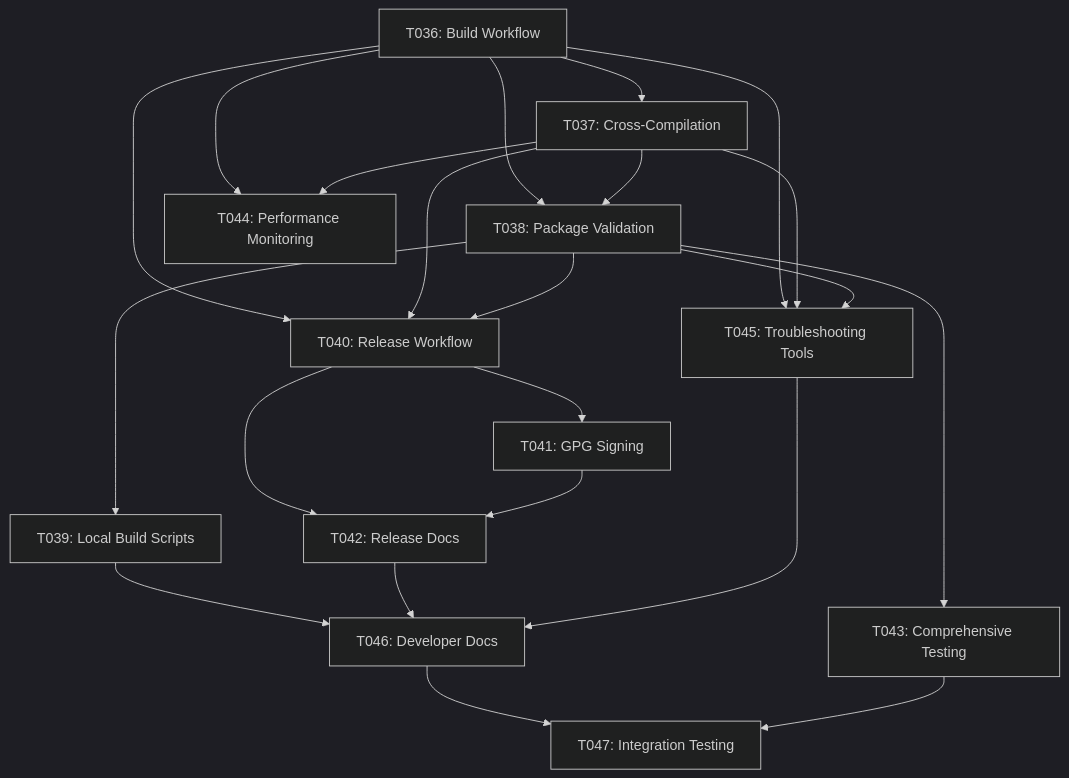
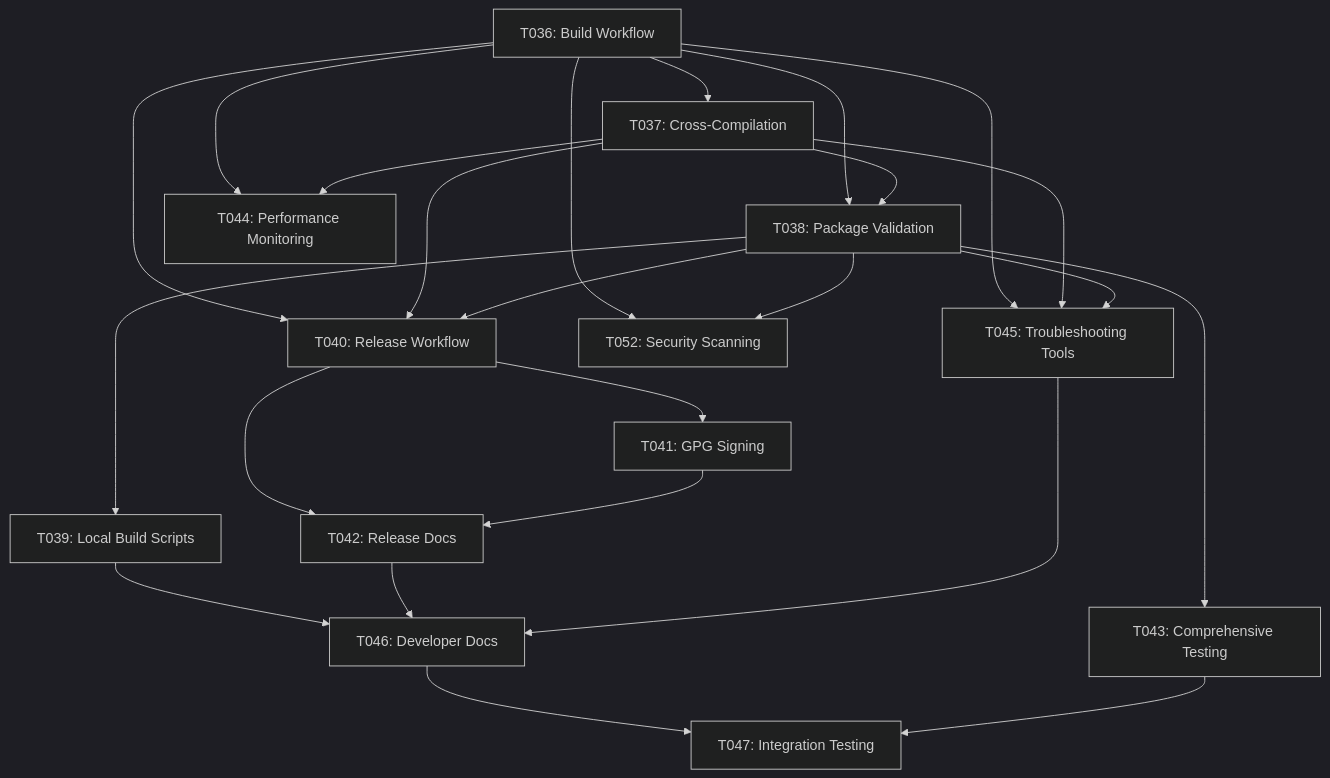
The diagram in specs/002-production-ci-cd/tasks.md (overengineeredit/local_rag_v2), drawn with Mermaid (dark theme) before and after one commit. The commit also changed other lines of this file and 23 other files, not shown here.

````diff
--- a/specs/002-production-ci-cd/tasks.md
+++ b/specs/002-production-ci-cd/tasks.md
@@ -247,28 +413,31 @@
 ```mermaid
 graph TD
     T036[T036: Build Workflow] --> T037[T037: Cross-Compilation]
     T036 --> T038[T038: Package Validation]
     T037 --> T038
     T038 --> T039[T039: Local Build Scripts]
-    
+
     T036 --> T040[T040: Release Workflow]
     T037 --> T040
     T038 --> T040
     T040 --> T041[T041: GPG Signing]
     T040 --> T042[T042: Release Docs]
     T041 --> T042
-    
+
     T038 --> T043[T043: Comprehensive Testing]
     T036 --> T044[T044: Performance Monitoring]
     T037 --> T044
     T036 --> T045[T045: Troubleshooting Tools]
     T037 --> T045
     T038 --> T045
-    
+
+    T036 --> T052[T052: Security Scanning]
+    T038 --> T052
+
     T039 --> T046[T046: Developer Docs]
     T042 --> T046
     T045 --> T046
-    
+
     T046 --> T047[T047: Integration Testing]
     T043 --> T047
 ```
````
